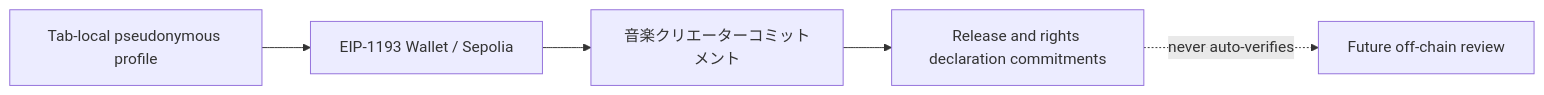
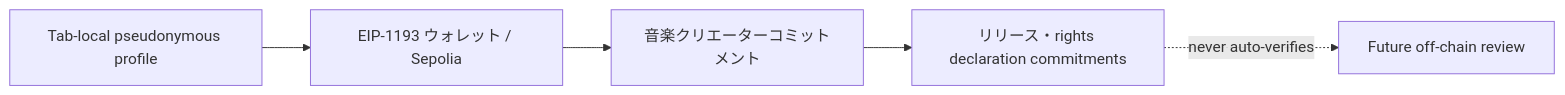
Before and after one commit to ShigeichiroYamasaki/creator-first-platform: the diagram in docs/adr/ADR-0015-public-testnet-creator-journey.md, drawn with Mermaid. The commit also changed other lines of this file and 72 other files, not shown here.

````diff
--- a/docs/adr/ADR-0015-public-testnet-creator-journey.md
+++ b/docs/adr/ADR-0015-public-testnet-creator-journey.md
@@ -24,11 +24,11 @@
 ```mermaid
 flowchart LR
     PROFILE[Tab-local pseudonymous profile]
-    WALLET[EIP-1193 Wallet / Sepolia]
+    WALLET[EIP-1193 ウォレット / Sepolia]
     CREATOR[音楽クリエーターコミットメント]
-    RELEASE[Release and rights declaration commitments]
+    RELEASE[リリース・rights declaration commitments]
     REVIEW[Future off-chain review]
 
     PROFILE --> WALLET --> CREATOR --> RELEASE
     RELEASE -. never auto-verifies .-> REVIEW
 ```
````
